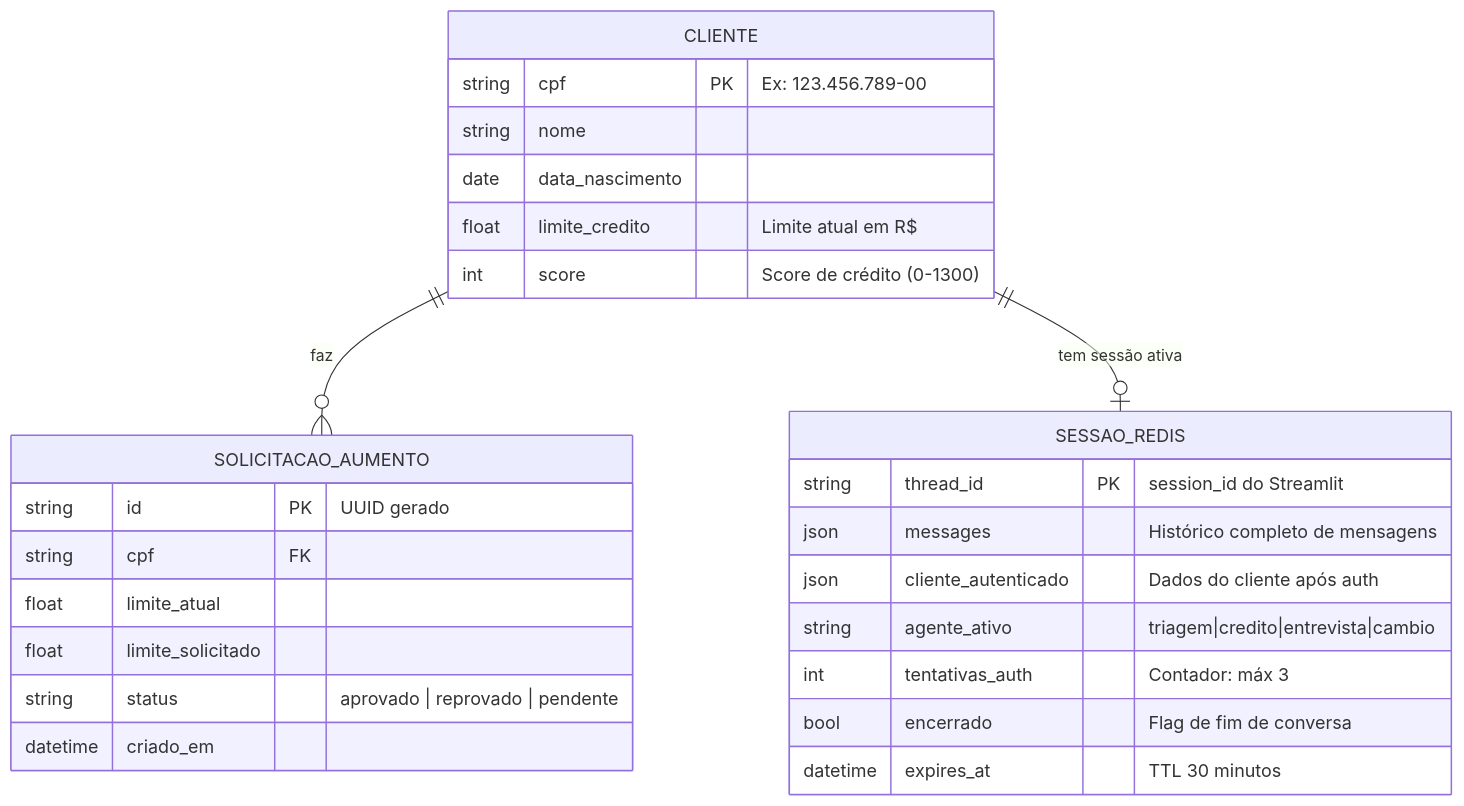
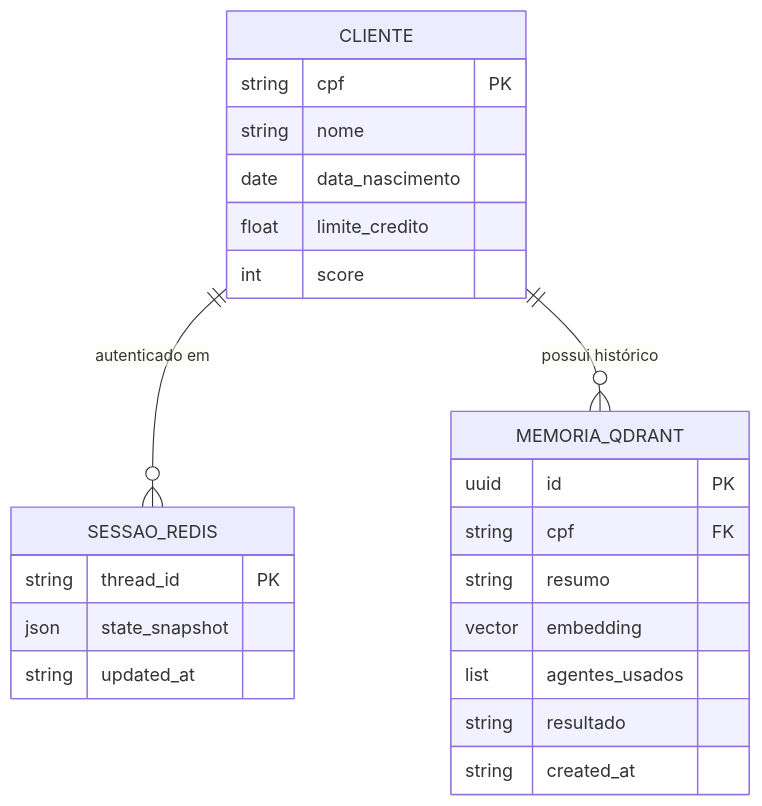
The first of 4 diagrams in docs/diagrams/modelo-dados.md (LizaGomes97/banco-agil), drawn with Mermaid before and after one commit. The commit also changed other lines of this file and 43 other files, not shown here.

````diff
--- a/docs/diagrams/modelo-dados.md
+++ b/docs/diagrams/modelo-dados.md
@@ -11,32 +5,29 @@
 ```mermaid
 erDiagram
     CLIENTE {
-        string cpf PK "Ex: 123.456.789-00"
+        string cpf PK
         string nome
         date data_nascimento
-        float limite_credito "Limite atual em R$"
-        int score "Score de crédito (0-1300)"
-    }
-
-    SOLICITACAO_AUMENTO {
-        string id PK "UUID gerado"
-        string cpf FK
-        float limite_atual
-        float limite_solicitado
-        string status "aprovado | reprovado | pendente"
-        datetime criado_em
+        float limite_credito
+        int score
     }
 
     SESSAO_REDIS {
-        string thread_id PK "session_id do Streamlit"
-        json messages "Histórico completo de mensagens"
-        json cliente_autenticado "Dados do cliente após auth"
-        string agente_ativo "triagem|credito|entrevista|cambio"
-        int tentativas_auth "Contador: máx 3"
-        bool encerrado "Flag de fim de conversa"
-        datetime expires_at "TTL 30 minutos"
+        string thread_id PK
+        json   state_snapshot
+        string updated_at
     }
 
-    CLIENTE ||--o{ SOLICITACAO_AUMENTO : "faz"
-    CLIENTE ||--o| SESSAO_REDIS : "tem sessão ativa"
+    MEMORIA_QDRANT {
+        uuid   id PK
+        string cpf FK
+        string resumo
+        vector embedding
+        list   agentes_usados
+        string resultado
+        string created_at
+    }
+
+    CLIENTE ||--o{ SESSAO_REDIS : "autenticado em"
+    CLIENTE ||--o{ MEMORIA_QDRANT : "possui histórico"
 ```
````
